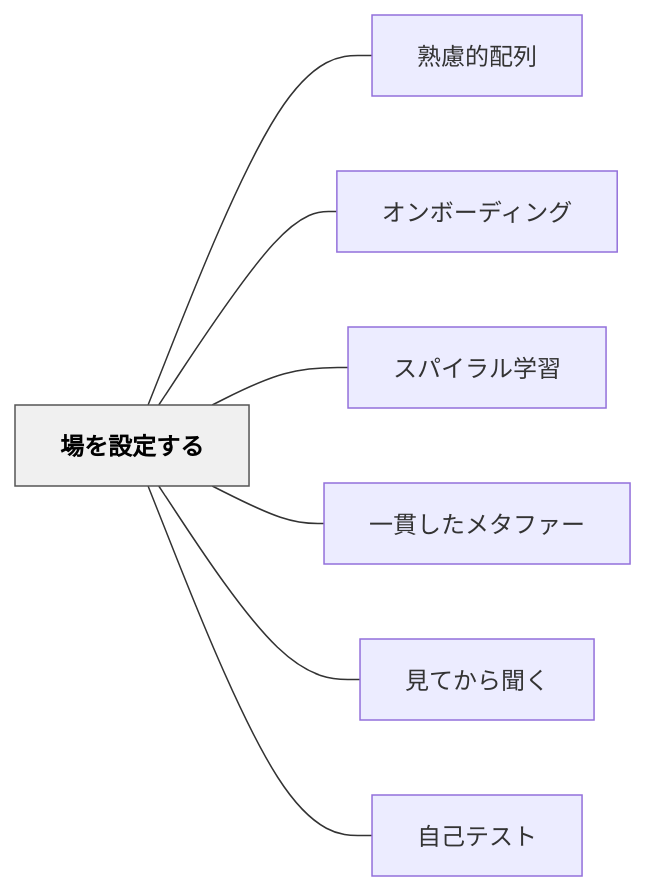
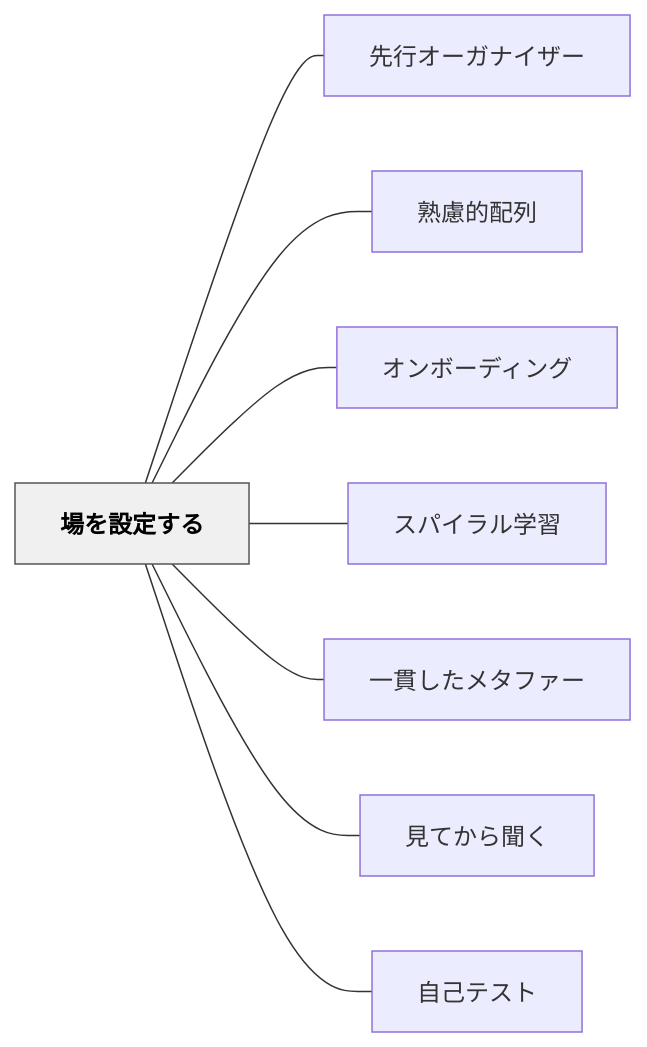
One commit to unknownthings-ed-patterns/unknownthings-ed-patterns changed the diagram in content/パタン/場を設定する.md. Above: the diagram before and after it, drawn with Mermaid. The commit also changed other lines of this file and 473 other files, not shown here.

````diff
--- a/content/パタン/場を設定する.md
+++ b/content/パタン/場を設定する.md
@@ -101,20 +102,22 @@
 ```mermaid
 flowchart LR
     ne5a0b4e38292["場を設定する"]
+    ne58588e8a18c["先行オーガナイザー"]
     ne7869fe685ae["熟慮的配列"]
     ne382aae383b3["オンボーディング"]
     ne382b9e38391["スパイラル学習"]
     ne4b880e8b2ab["一貫したメタファー"]
     ne8a68be381a6["見てから聞く"]
     ne887aae5b7b1["自己テスト"]
 
+    ne5a0b4e38292 --- ne58588e8a18c
     ne5a0b4e38292 --- ne7869fe685ae
     ne5a0b4e38292 --- ne382aae383b3
     ne5a0b4e38292 --- ne382b9e38391
     ne5a0b4e38292 --- ne4b880e8b2ab
     ne5a0b4e38292 --- ne8a68be381a6
     ne5a0b4e38292 --- ne887aae5b7b1
 
     classDef hub fill:#f0f0f0,stroke:#555,color:#000,font-weight:bold
     class ne5a0b4e38292 hub
 ```
````
